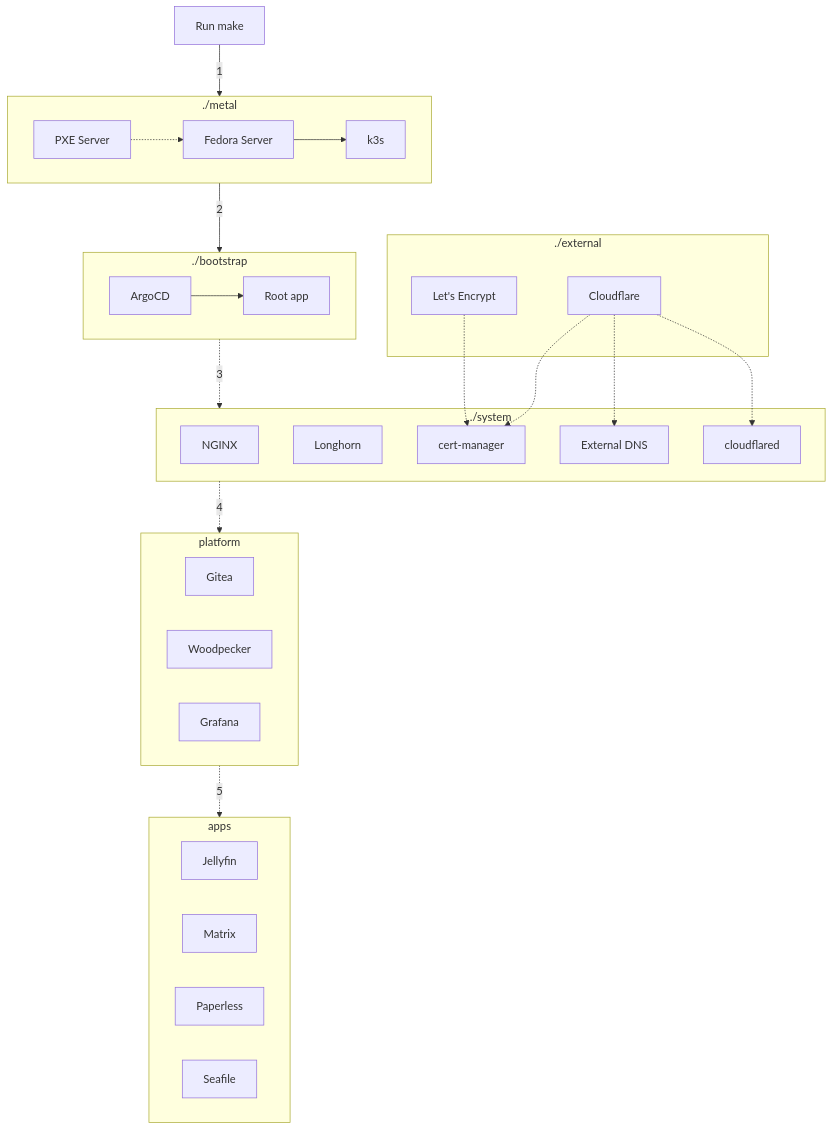
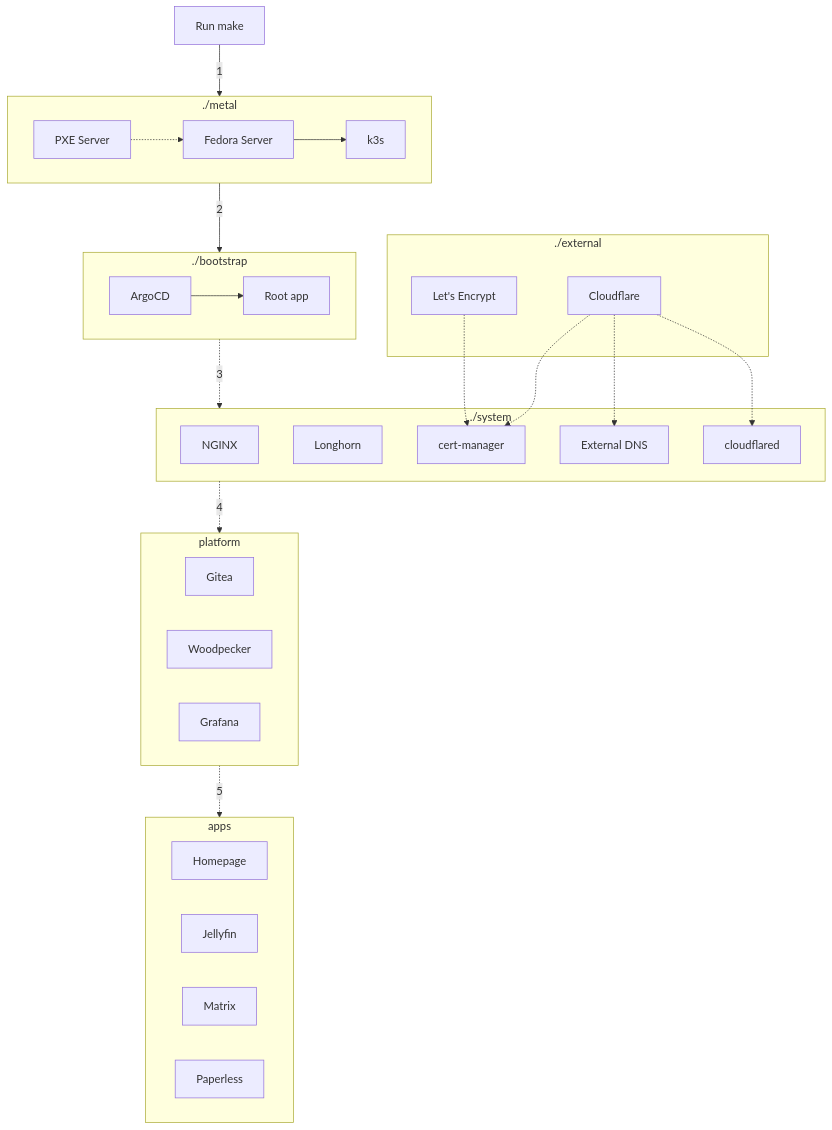
Before and after one commit to khuedoan/homelab: the diagram in docs/reference/architecture/overview.md, drawn with Mermaid. The commit also changed 4 other files, not shown here.

````diff
--- a/docs/reference/architecture/overview.md
+++ b/docs/reference/architecture/overview.md
@@ -54,43 +54,43 @@
 ```mermaid
 flowchart TD
   subgraph metal[./metal]
     pxe[PXE Server] -.-> linux[Fedora Server] --> k3s
   end
 
   subgraph bootstrap[./bootstrap]
     argocd[ArgoCD] --> rootapp[Root app]
   end
 
   subgraph system[./system]
     nginx[NGINX]
     longhorn[Longhorn]
     cert-manager
     external-dns[External DNS]
     cloudflared
   end
 
   subgraph external[./external]
     letsencrypt[Let's Encrypt]
     cloudflare[Cloudflare]
   end
 
   letsencrypt -.-> cert-manager
   cloudflare -.-> cert-manager
   cloudflare -.-> external-dns
   cloudflare -.-> cloudflared
 
   subgraph platform
     Gitea
     Woodpecker
     Grafana
   end
 
   subgraph apps
+    homepage[Homepage]
     jellyfin[Jellyfin]
     matrix[Matrix]
     paperless[Paperless]
-    seafile[Seafile]
   end
 
   make[Run make] -- 1 --> metal -- 2 --> bootstrap -. 3 .-> system -. 4 .-> platform -. 5 .-> apps
 ```
````
